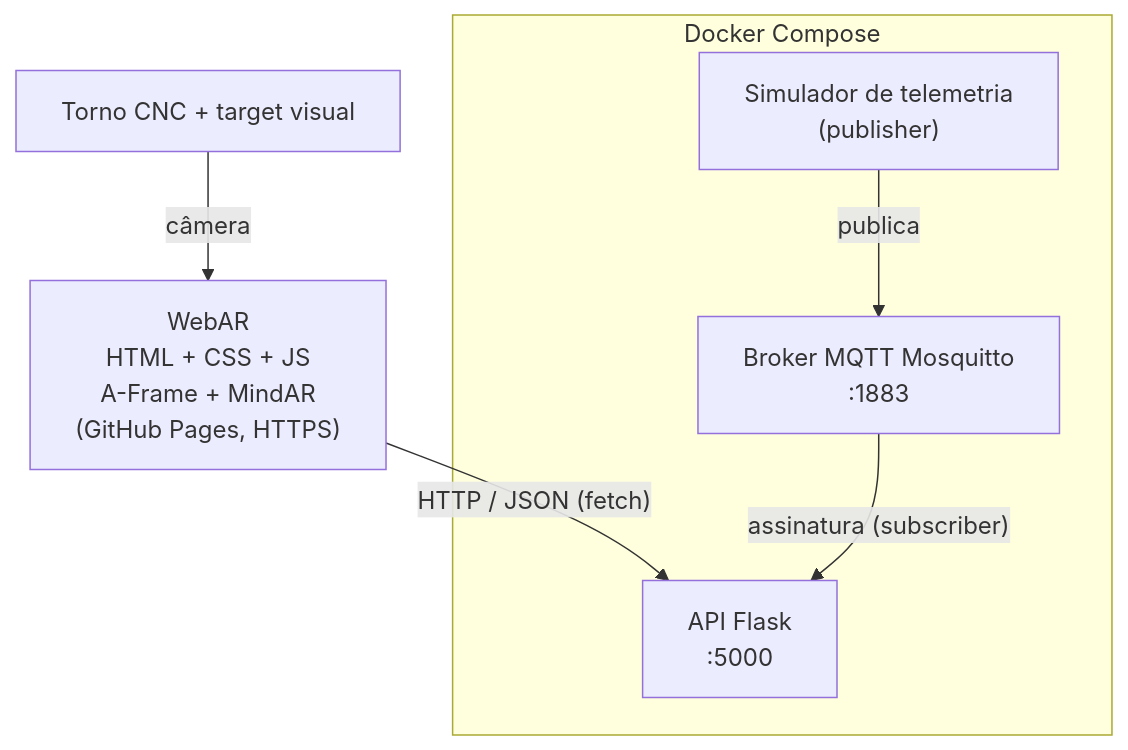
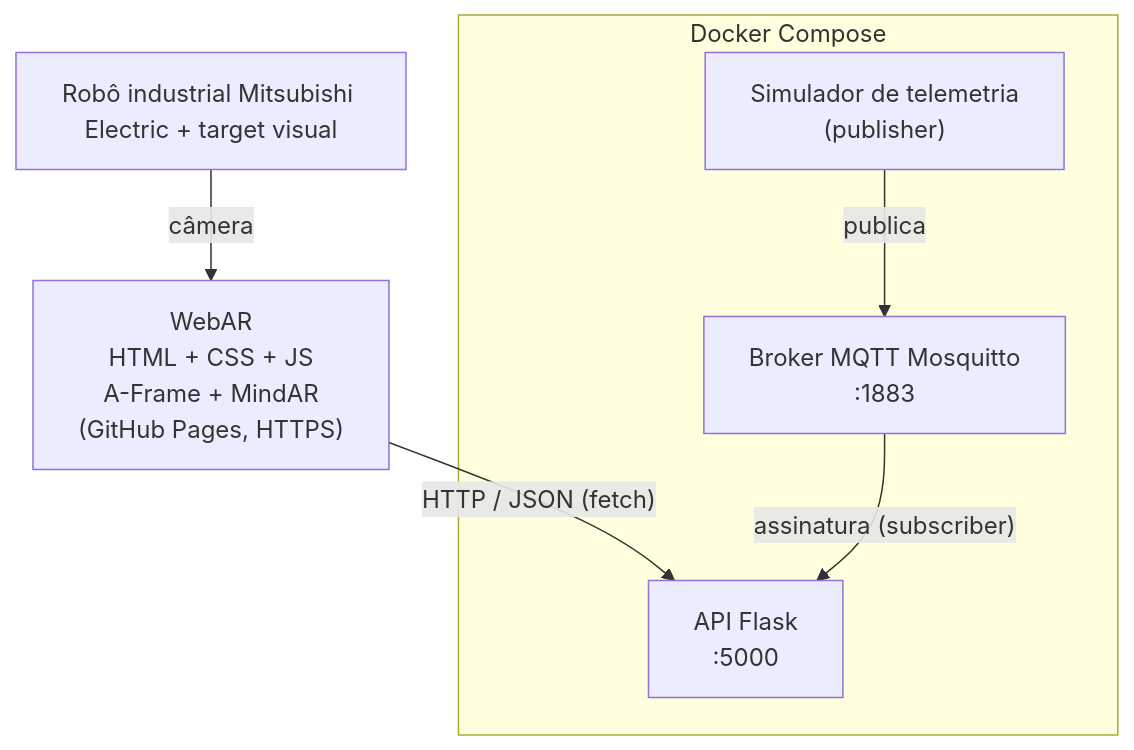
Before and after one commit to lucaspatracao/industria-ra-cloud: the diagram in README.md, drawn with Mermaid. The commit also changed other lines of this file and 10 other files, not shown here.

Commit message:
feat(frontend): troca alvo para robô Mitsubishi e recalibra hotspots

````diff
--- a/README.md
+++ b/README.md
@@ -15,12 +26,12 @@
 ```mermaid
 flowchart TD
-    A["Torno CNC + target visual"] -->|câmera| B["WebAR<br/>HTML + CSS + JS<br/>A-Frame + MindAR<br/>(GitHub Pages, HTTPS)"]
+    A["Robô industrial Mitsubishi Electric + target visual"] -->|câmera| B["WebAR<br/>HTML + CSS + JS<br/>A-Frame + MindAR<br/>(GitHub Pages, HTTPS)"]
     B -->|"HTTP / JSON (fetch)"| C["API Flask<br/>:5000"]
     D["Broker MQTT Mosquitto<br/>:1883"] -->|"assinatura (subscriber)"| C
-    E["Simulador de telemetria<br/>(publisher)"] -->|publica| D
+    E["Simulador de telemetria<br/>(publisher)" ] -->|publica| D
     subgraph Docker Compose
         C
         D
         E
     end
 ```
````
